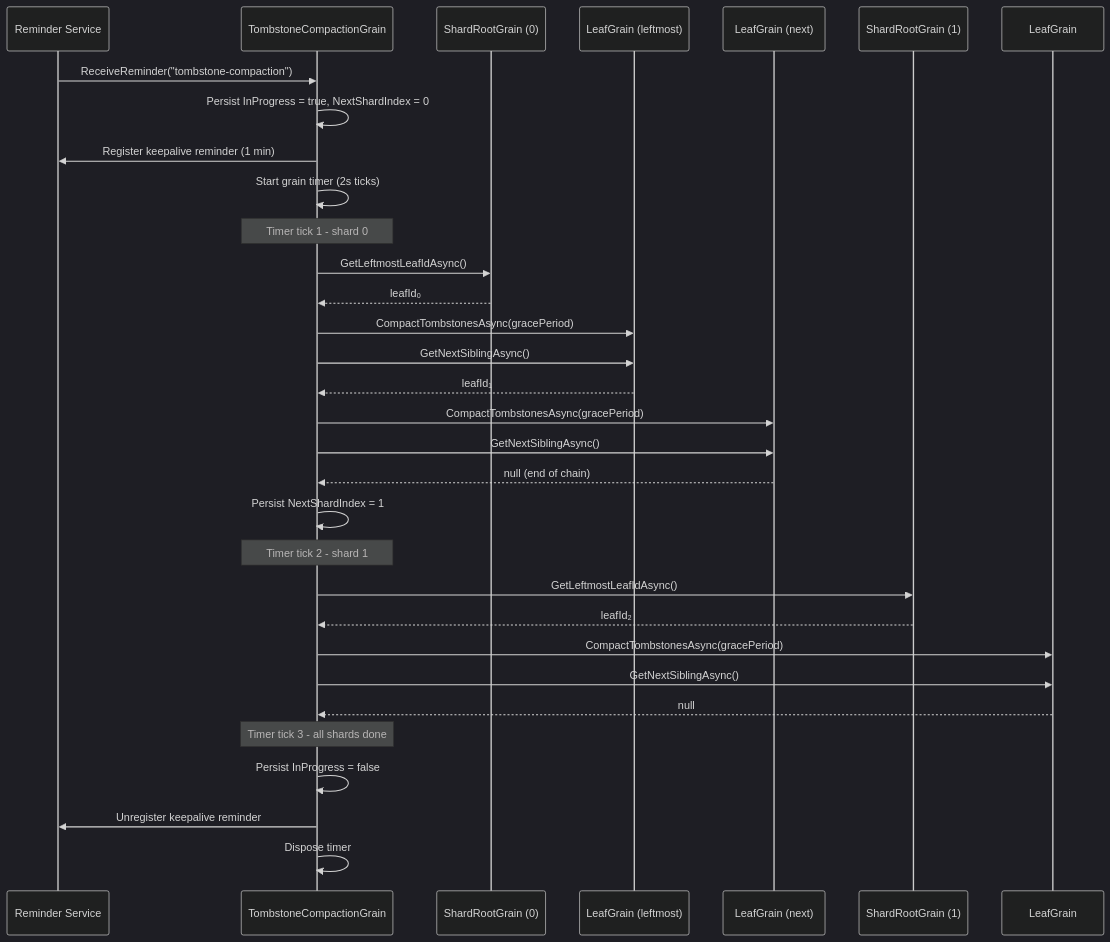
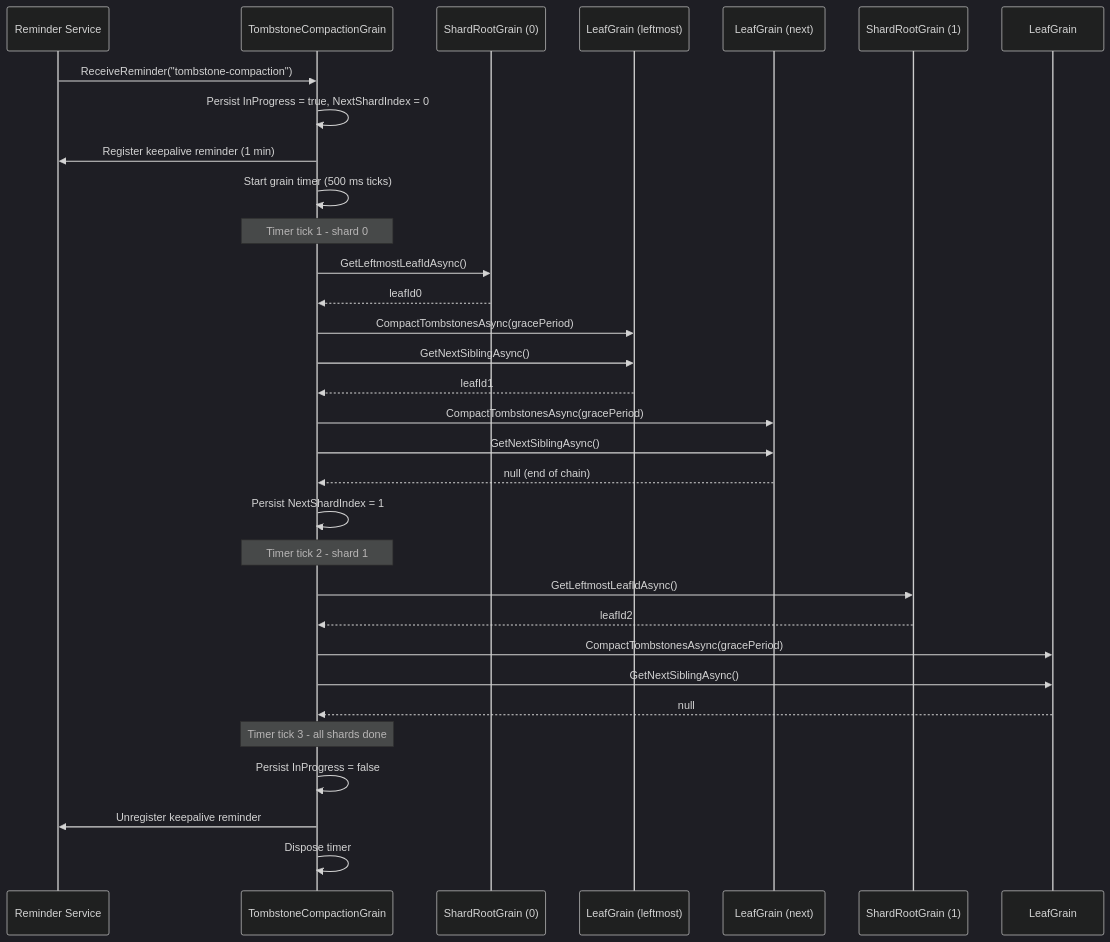
The diagram in docs/lattice/tombstone-compaction.md (NSTA1/Orleans.Lattice), drawn with Mermaid (dark theme) before and after one commit. The commit also changed other lines of this file and 63 other files, not shown here.

````diff
--- a/docs/lattice/tombstone-compaction.md
+++ b/docs/lattice/tombstone-compaction.md
@@ -27,38 +27,38 @@
 ```mermaid
 sequenceDiagram
     participant R as Reminder Service
     participant C as TombstoneCompactionGrain
     participant S0 as ShardRootGrain (0)
     participant L0 as LeafGrain (leftmost)
     participant L1 as LeafGrain (next)
     participant S1 as ShardRootGrain (1)
     participant L2 as LeafGrain
 
     R->>C: ReceiveReminder("tombstone-compaction")
     C->>C: Persist InProgress = true, NextShardIndex = 0
     C->>R: Register keepalive reminder (1 min)
-    C->>C: Start grain timer (2s ticks)
+    C->>C: Start grain timer (500 ms ticks)
 
     Note over C: Timer tick 1 - shard 0
     C->>S0: GetLeftmostLeafIdAsync()
-    S0-->>C: leafId₀
+    S0-->>C: leafId0
     C->>L0: CompactTombstonesAsync(gracePeriod)
     C->>L0: GetNextSiblingAsync()
-    L0-->>C: leafId₁
+    L0-->>C: leafId1
     C->>L1: CompactTombstonesAsync(gracePeriod)
     C->>L1: GetNextSiblingAsync()
     L1-->>C: null (end of chain)
     C->>C: Persist NextShardIndex = 1
 
     Note over C: Timer tick 2 - shard 1
     C->>S1: GetLeftmostLeafIdAsync()
-    S1-->>C: leafId₂
+    S1-->>C: leafId2
     C->>L2: CompactTombstonesAsync(gracePeriod)
     C->>L2: GetNextSiblingAsync()
     L2-->>C: null
 
     Note over C: Timer tick 3 - all shards done
     C->>C: Persist InProgress = false
     C->>R: Unregister keepalive reminder
     C->>C: Dispose timer
 ```
````
